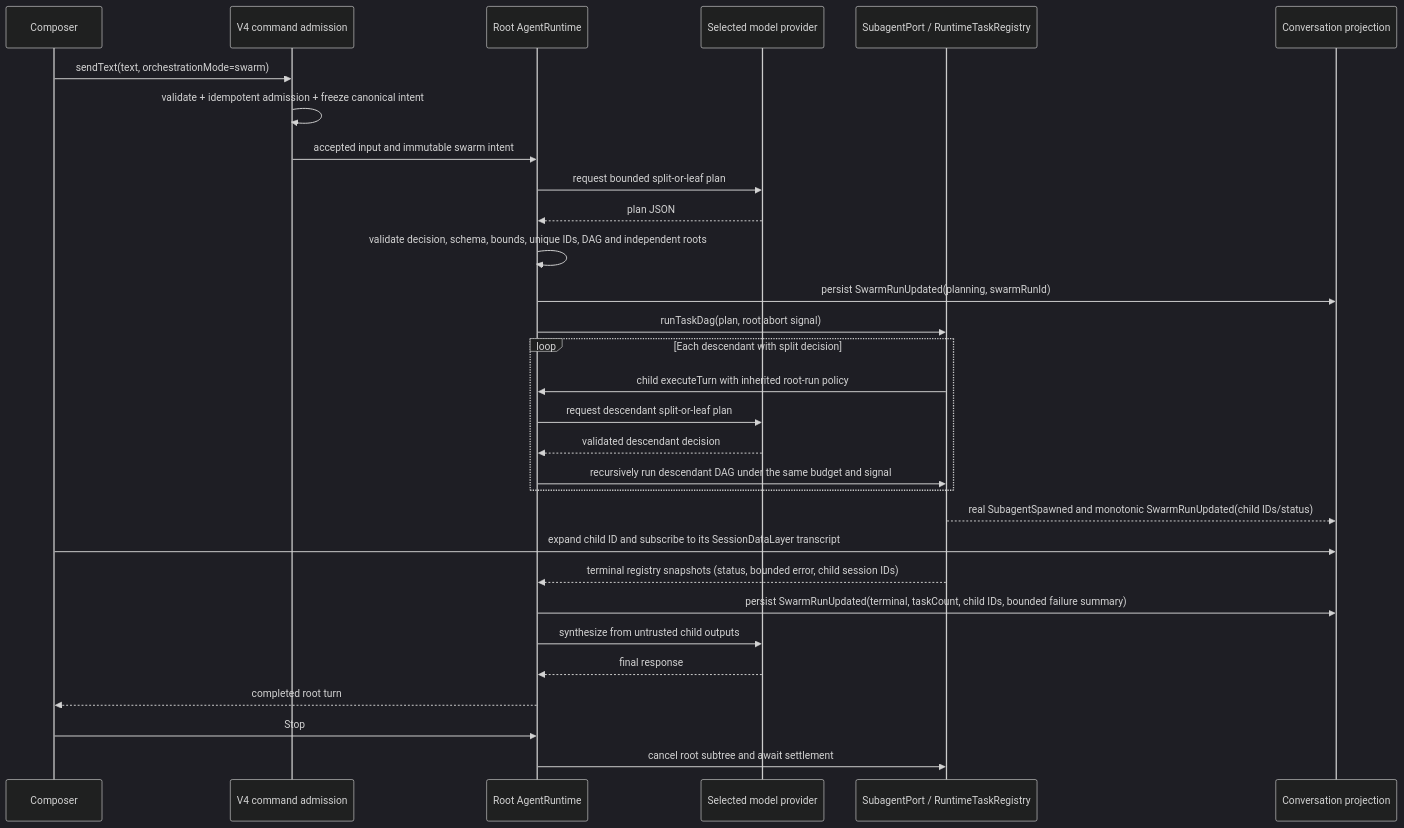
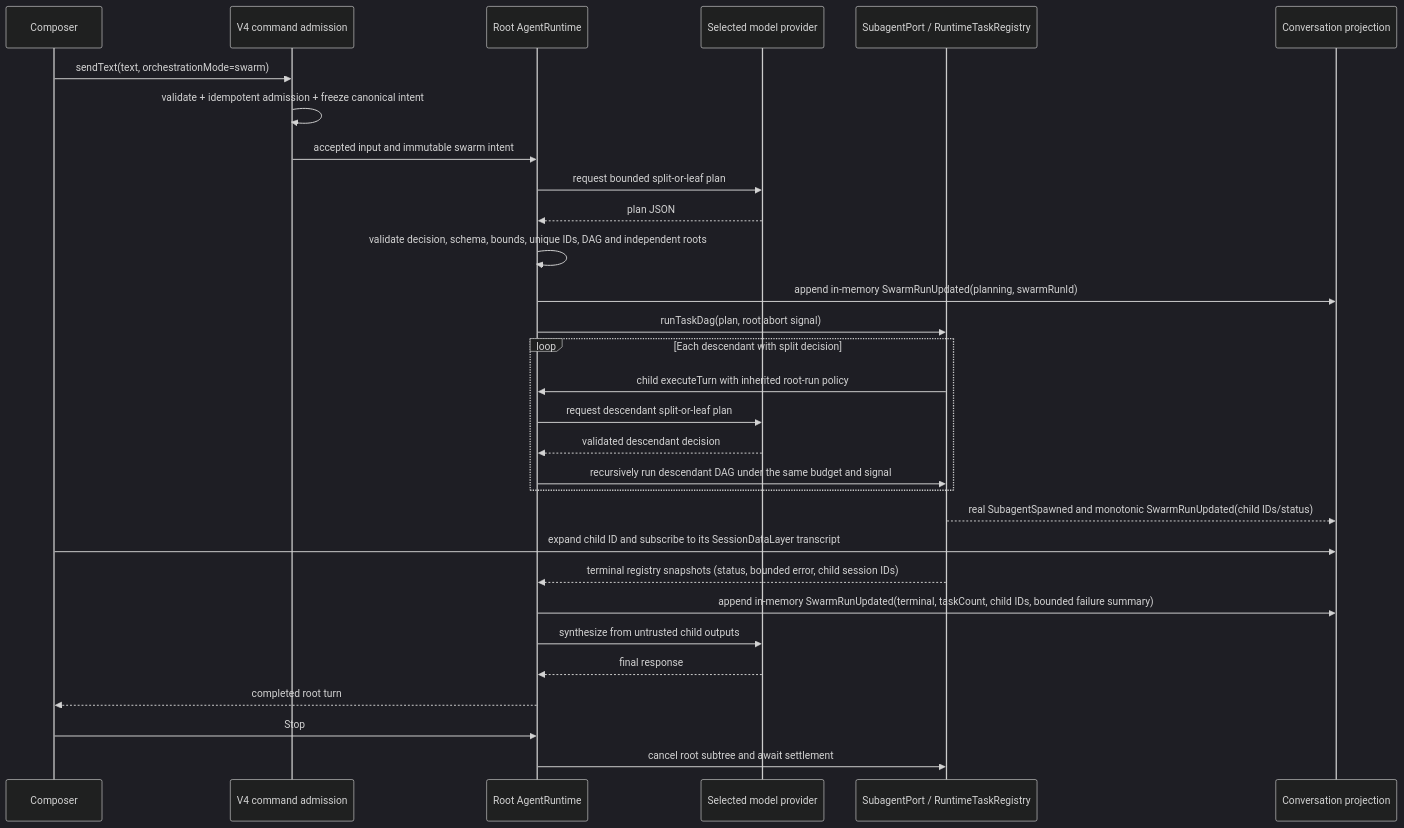
Before and after one commit to m1krot1k1/Zcode: the second of 2 diagrams in docs/specs/zcode-swarm-mode.md, drawn with Mermaid (dark theme). The commit also changed other lines of this file and 3 other files, not shown here.

````diff
--- a/docs/specs/zcode-swarm-mode.md
+++ b/docs/specs/zcode-swarm-mode.md
@@ -49,32 +90,32 @@
 ```mermaid
 sequenceDiagram
   participant UI as Composer
   participant Host as V4 command admission
   participant Core as Root AgentRuntime
   participant Model as Selected model provider
   participant Tasks as SubagentPort / RuntimeTaskRegistry
   participant Timeline as Conversation projection
   UI->>Host: sendText(text, orchestrationMode=swarm)
   Host->>Host: validate + idempotent admission + freeze canonical intent
   Host->>Core: accepted input and immutable swarm intent
   Core->>Model: request bounded split-or-leaf plan
   Model-->>Core: plan JSON
   Core->>Core: validate decision, schema, bounds, unique IDs, DAG and independent roots
-  Core->>Timeline: persist SwarmRunUpdated(planning, swarmRunId)
+  Core->>Timeline: append in-memory SwarmRunUpdated(planning, swarmRunId)
   Core->>Tasks: runTaskDag(plan, root abort signal)
   loop Each descendant with split decision
     Tasks->>Core: child executeTurn with inherited root-run policy
     Core->>Model: request descendant split-or-leaf plan
     Model-->>Core: validated descendant decision
     Core->>Tasks: recursively run descendant DAG under the same budget and signal
   end
   Tasks-->>Timeline: real SubagentSpawned and monotonic SwarmRunUpdated(child IDs/status)
   UI->>Timeline: expand child ID and subscribe to its SessionDataLayer transcript
   Tasks-->>Core: terminal registry snapshots (status, bounded error, child session IDs)
-  Core->>Timeline: persist SwarmRunUpdated(terminal, taskCount, child IDs, bounded failure summary)
+  Core->>Timeline: append in-memory SwarmRunUpdated(terminal, taskCount, child IDs, bounded failure summary)
   Core->>Model: synthesize from untrusted child outputs
   Model-->>Core: final response
   Core-->>UI: completed root turn
   UI->>Core: Stop
   Core->>Tasks: cancel root subtree and await settlement
 ```
````
